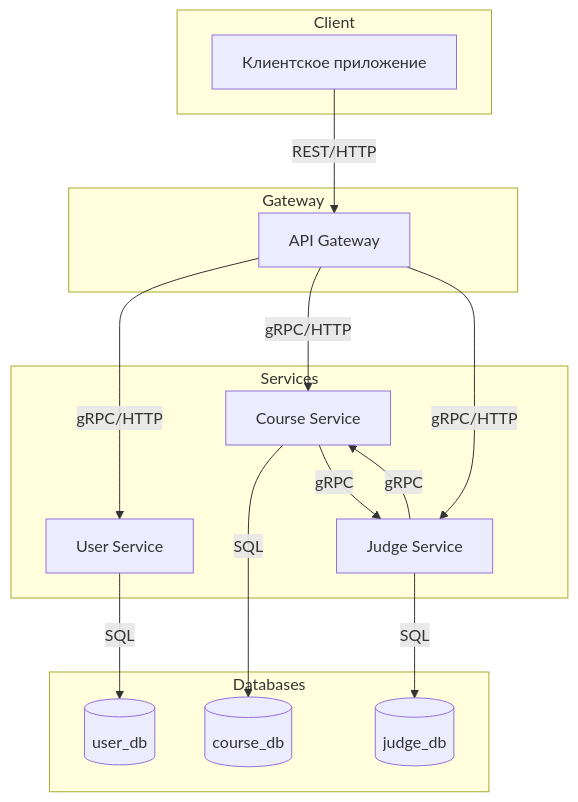
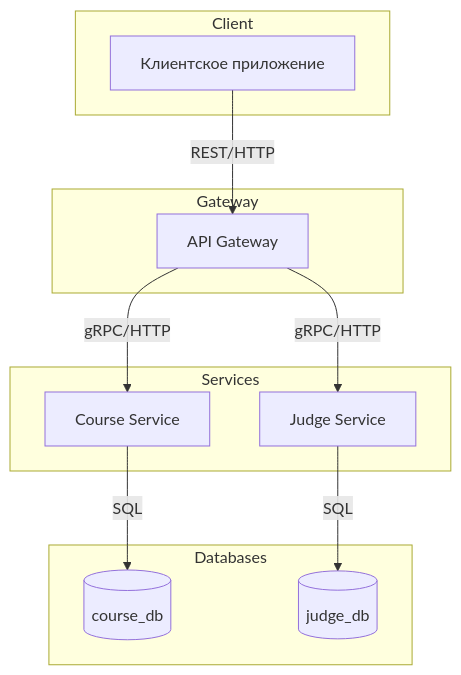
Before and after one commit to spbu-ds-practicum-2025/micro-rest: the diagram in docs/tr.md, drawn with Mermaid. The commit also changed other lines of this file, not shown here.

Commit message:
[TR] Merged Maxim's diagram & made requested changes & made diagrams for tech scenarios

````diff
--- a/docs/tr.md
+++ b/docs/tr.md
@@ -83,34 +83,27 @@
 ```mermaid
 graph TD
   subgraph Client
     UserApp[Клиентское приложение]
   end
   
   subgraph Gateway
     APIGateway[API Gateway]
   end
   
   subgraph Services
-    UserService[User Service]
     CourseService[Course Service]
     JudgeService[Judge Service]
   end
   
   subgraph Databases
-    UserDB[(user_db)]
     CourseDB[(course_db)]
     JudgeDB[(judge_db)]
   end
 
   UserApp-->|REST/HTTP|APIGateway
-  APIGateway-->|gRPC/HTTP|UserService
   APIGateway-->|gRPC/HTTP|CourseService
   APIGateway-->|gRPC/HTTP|JudgeService
   
-  UserService-->|SQL|UserDB
   CourseService-->|SQL|CourseDB
   JudgeService-->|SQL|JudgeDB
-  
-  CourseService-->|gRPC|JudgeService
-  JudgeService-->|gRPC|CourseService
 ```
````
